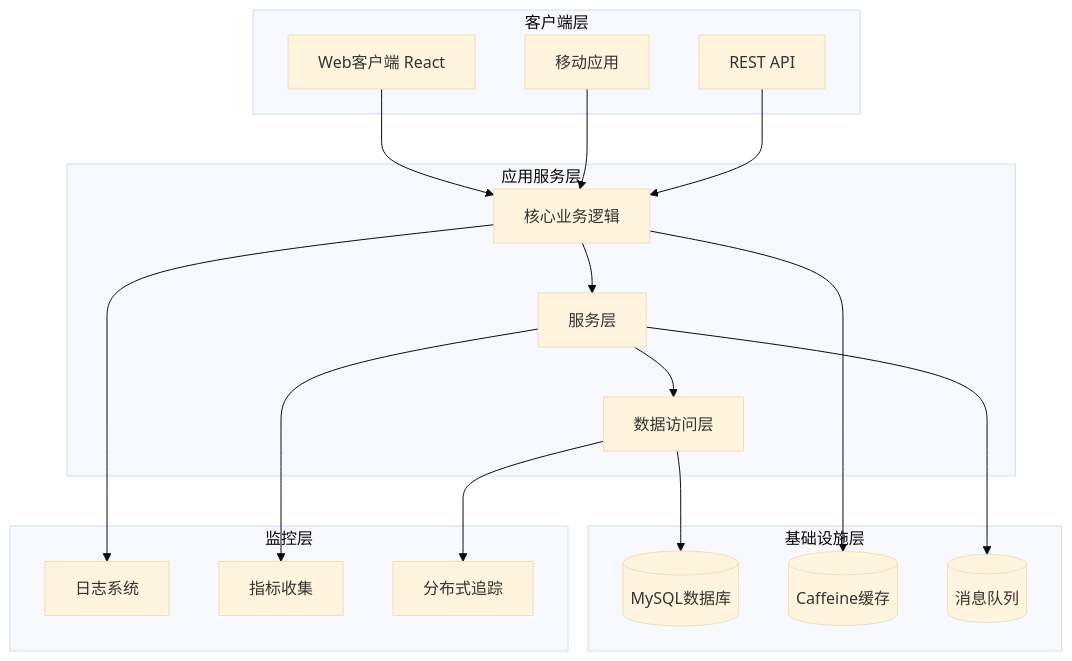
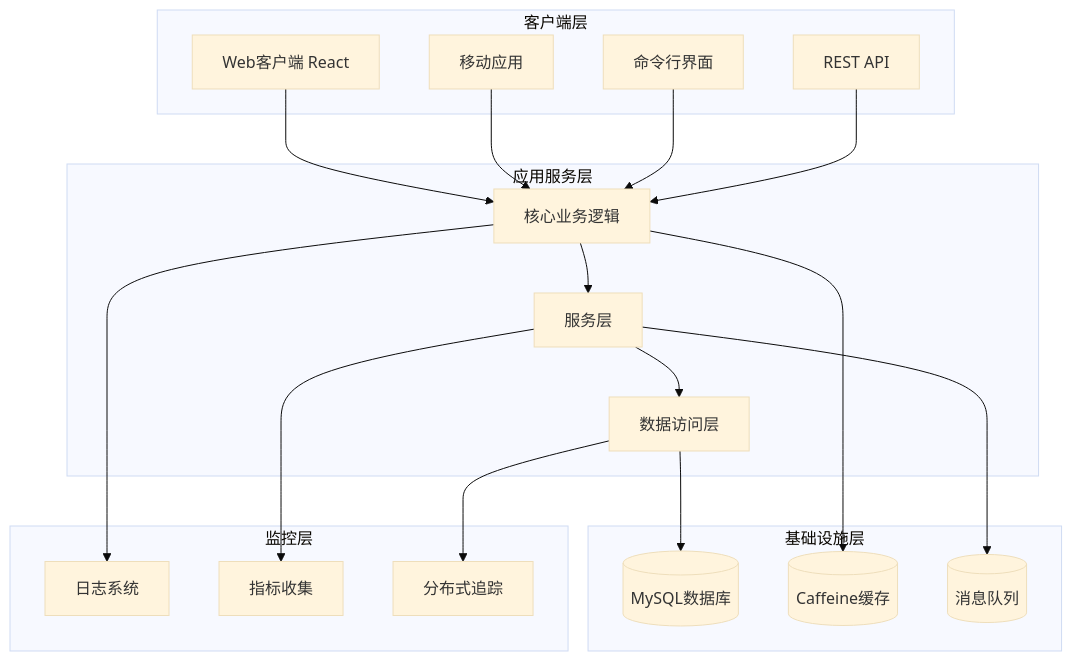
One commit to gree-coder/fund-butler changed the third of 7 diagrams in .qoder/repowiki/zh/content/部署指南.md. Above: the diagram before and after it, drawn with Mermaid (base theme). The commit also changed other lines of this file and 8 other files, not shown here.

````diff
--- a/.qoder/repowiki/zh/content/部署指南.md
+++ b/.qoder/repowiki/zh/content/部署指南.md
@@ -148,34 +166,36 @@
 ```mermaid
 graph TB
 subgraph "客户端层"
 Web[Web客户端 React]
 Mobile[移动应用]
+CLI[命令行界面]
 API[REST API]
 end
 subgraph "应用服务层"
 Core[核心业务逻辑]
 Service[服务层]
 Repository[数据访问层]
 end
 subgraph "基础设施层"
 DB[(MySQL数据库)]
 Cache[(Caffeine缓存)]
 MQ[(消息队列)]
 end
 subgraph "监控层"
 Logs[日志系统]
 Metrics[指标收集]
 Tracing[分布式追踪]
 end
 Web --> Core
 Mobile --> Core
+CLI --> Core
 API --> Core
 Core --> Service
 Service --> Repository
 Repository --> DB
 Core --> Cache
 Service --> MQ
 Core --> Logs
 Service --> Metrics
 Repository --> Tracing
 ```
````
